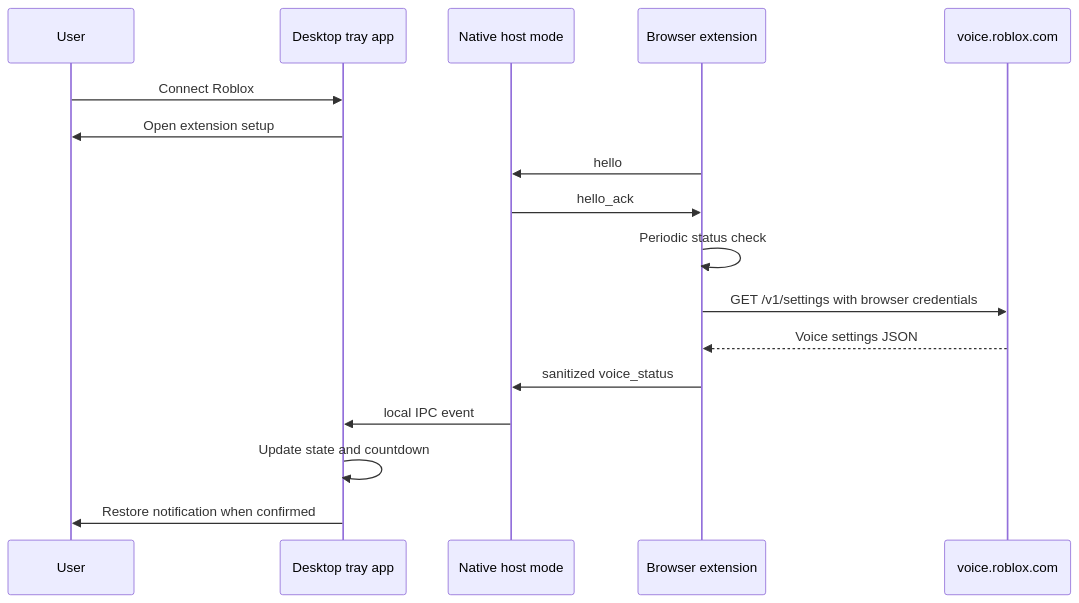
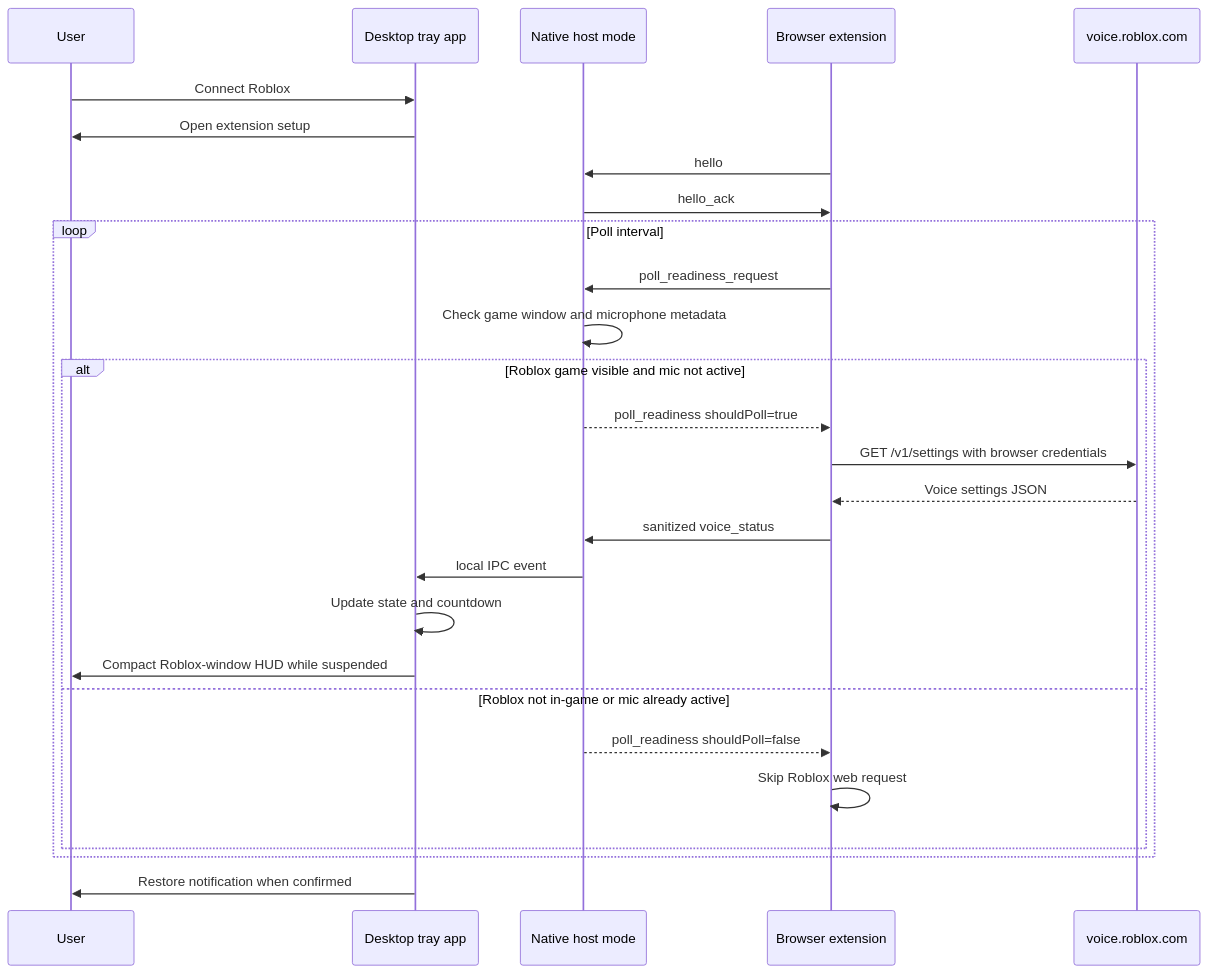
One commit to Qxshio/VoiceWatch changed the diagram in docs/ARCHITECTURE.md. Above: the diagram before and after it, drawn with Mermaid. The commit also changed other lines of this file and 19 other files, not shown here.

Commit message:
Add suspension HUD and smarter setup flow

````diff
--- a/docs/ARCHITECTURE.md
+++ b/docs/ARCHITECTURE.md
@@ -14,20 +34,30 @@
 ```mermaid
 sequenceDiagram
     participant User
     participant Tray as Desktop tray app
     participant Host as Native host mode
     participant Ext as Browser extension
     participant Roblox as voice.roblox.com
 
     User->>Tray: Connect Roblox
     Tray->>User: Open extension setup
     Ext->>Host: hello
     Host->>Ext: hello_ack
-    Ext->>Ext: Periodic status check
-    Ext->>Roblox: GET /v1/settings with browser credentials
-    Roblox-->>Ext: Voice settings JSON
-    Ext->>Host: sanitized voice_status
-    Host->>Tray: local IPC event
-    Tray->>Tray: Update state and countdown
+    loop Poll interval
+        Ext->>Host: poll_readiness_request
+        Host->>Host: Check game window and microphone metadata
+        alt Roblox game visible and mic not active
+            Host-->>Ext: poll_readiness shouldPoll=true
+            Ext->>Roblox: GET /v1/settings with browser credentials
+            Roblox-->>Ext: Voice settings JSON
+            Ext->>Host: sanitized voice_status
+            Host->>Tray: local IPC event
+            Tray->>Tray: Update state and countdown
+            Tray->>User: Compact Roblox-window HUD while suspended
+        else Roblox not in-game or mic already active
+            Host-->>Ext: poll_readiness shouldPoll=false
+            Ext->>Ext: Skip Roblox web request
+        end
+    end
     Tray->>User: Restore notification when confirmed
 ```
````
